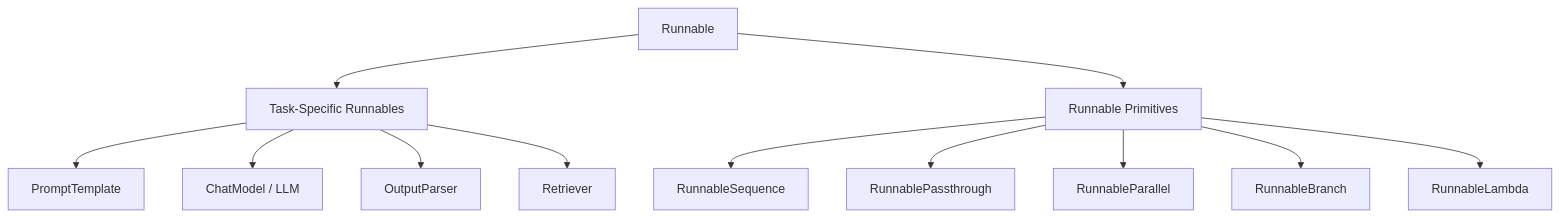
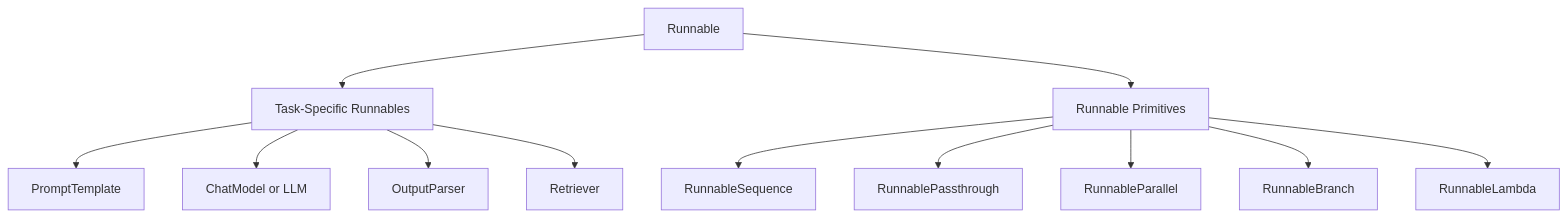
Before and after one commit to moosarehan/langchain-integrations-lab: the second of 2 diagrams in langchain-runnable/README.md, drawn with Mermaid. The commit also changed other lines of this file, not shown here.

````diff
--- a/langchain-runnable/README.md
+++ b/langchain-runnable/README.md
@@ -55,16 +55,16 @@
 ```mermaid
 flowchart TD
-    R[Runnable] --> TS[Task-Specific Runnables]
-    R --> RP[Runnable Primitives]
+    R["Runnable"] --> TS["Task-Specific Runnables"]
+    R --> RP["Runnable Primitives"]
 
-    TS --> TS1[PromptTemplate]
-    TS --> TS2[ChatModel / LLM]
-    TS --> TS3[OutputParser]
-    TS --> TS4[Retriever]
+    TS --> TS1["PromptTemplate"]
+    TS --> TS2["ChatModel or LLM"]
+    TS --> TS3["OutputParser"]
+    TS --> TS4["Retriever"]
 
-    RP --> RP1[RunnableSequence]
-    RP --> RP2[RunnablePassthrough]
-    RP --> RP3[RunnableParallel]
-    RP --> RP4[RunnableBranch]
-    RP --> RP5[RunnableLambda]
+    RP --> RP1["RunnableSequence"]
+    RP --> RP2["RunnablePassthrough"]
+    RP --> RP3["RunnableParallel"]
+    RP --> RP4["RunnableBranch"]
+    RP --> RP5["RunnableLambda"]
 ```
````
